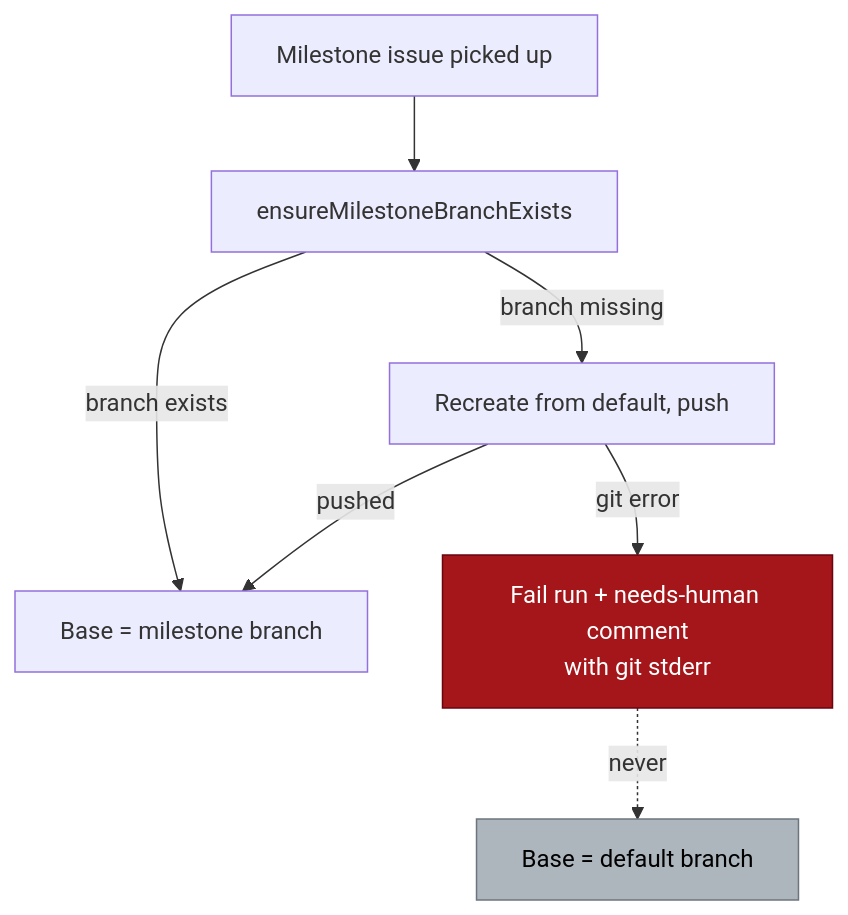
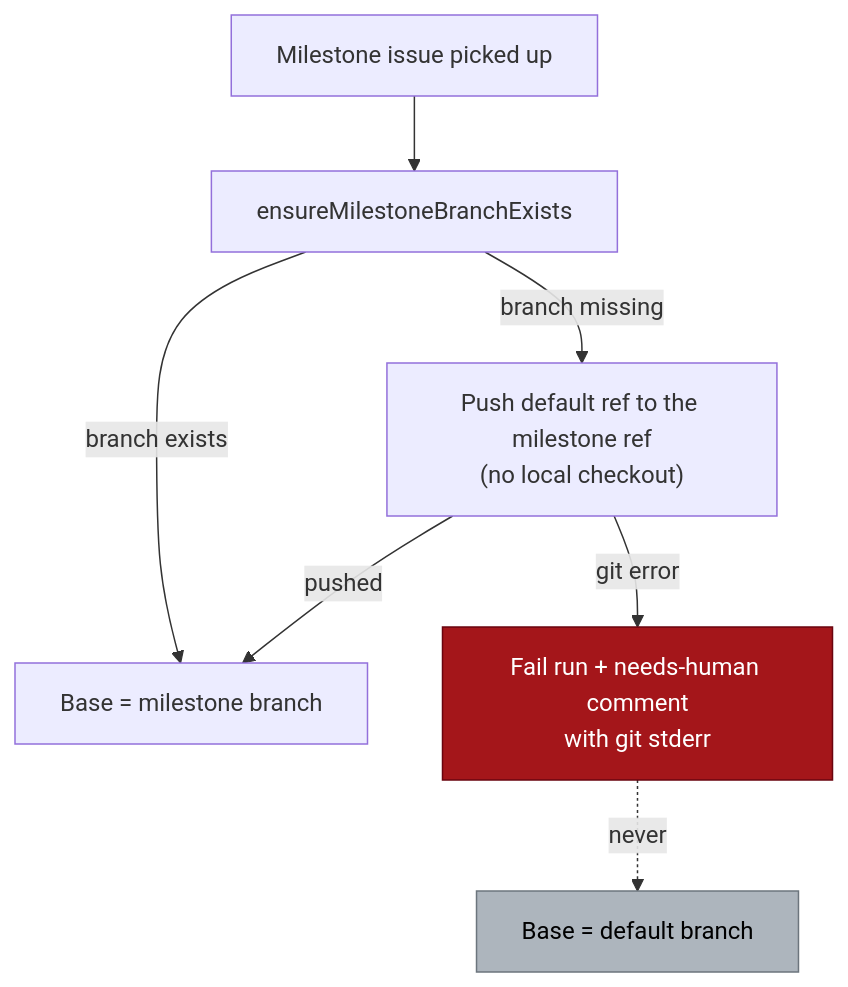
One commit to stSoftwareAU/VibeCoder changed diagram 18 of 26 in docs/INTERNALS.md. Above: the diagram before and after it, drawn with Mermaid. The commit also changed other lines of this file and 7 other files, not shown here.

First line of the commit message:
Create milestone branches on origin without a local checkout

````diff
--- a/docs/INTERNALS.md
+++ b/docs/INTERNALS.md
@@ -2027,11 +2035,11 @@
 ```mermaid
 flowchart TD
     A[Milestone issue picked up] --> B[ensureMilestoneBranchExists]
     B -->|branch exists| C[Base = milestone branch]
-    B -->|branch missing| D[Recreate from default, push]
+    B -->|branch missing| D["Push default ref to the milestone ref<br/>(no local checkout)"]
     D -->|pushed| C
     D -->|git error| E[Fail run + needs-human comment<br/>with git stderr]
     E -.->|never| F[Base = default branch]
     style E fill:#a4161a,stroke:#6a040f,color:#fff
     style F fill:#adb5bd,stroke:#6c757d,color:#000
 ```
````
